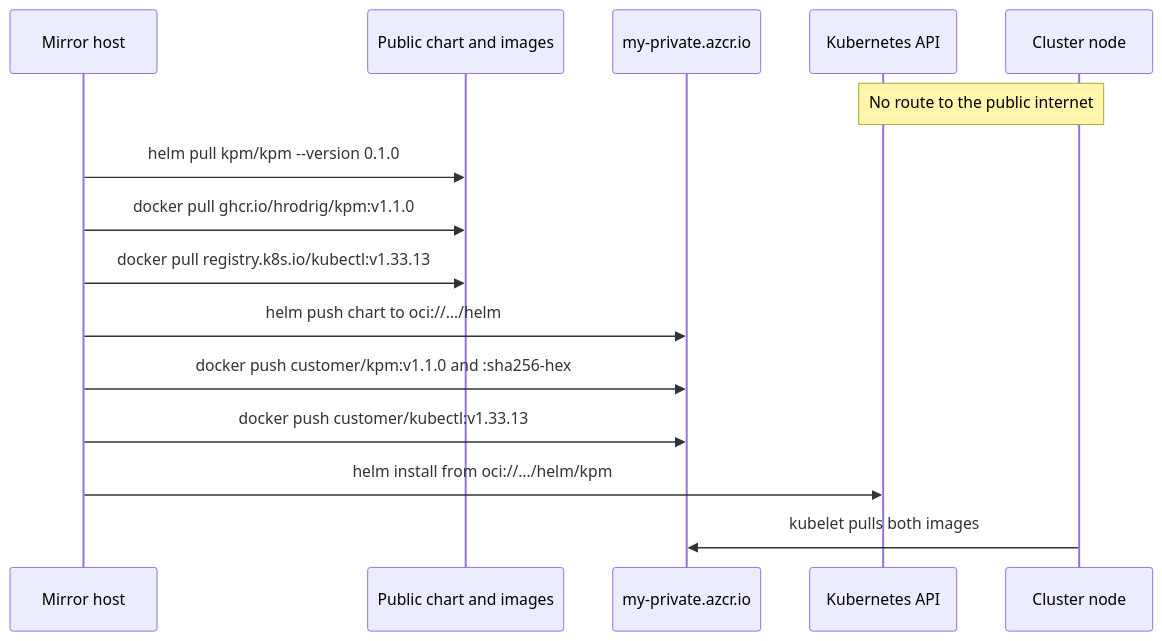
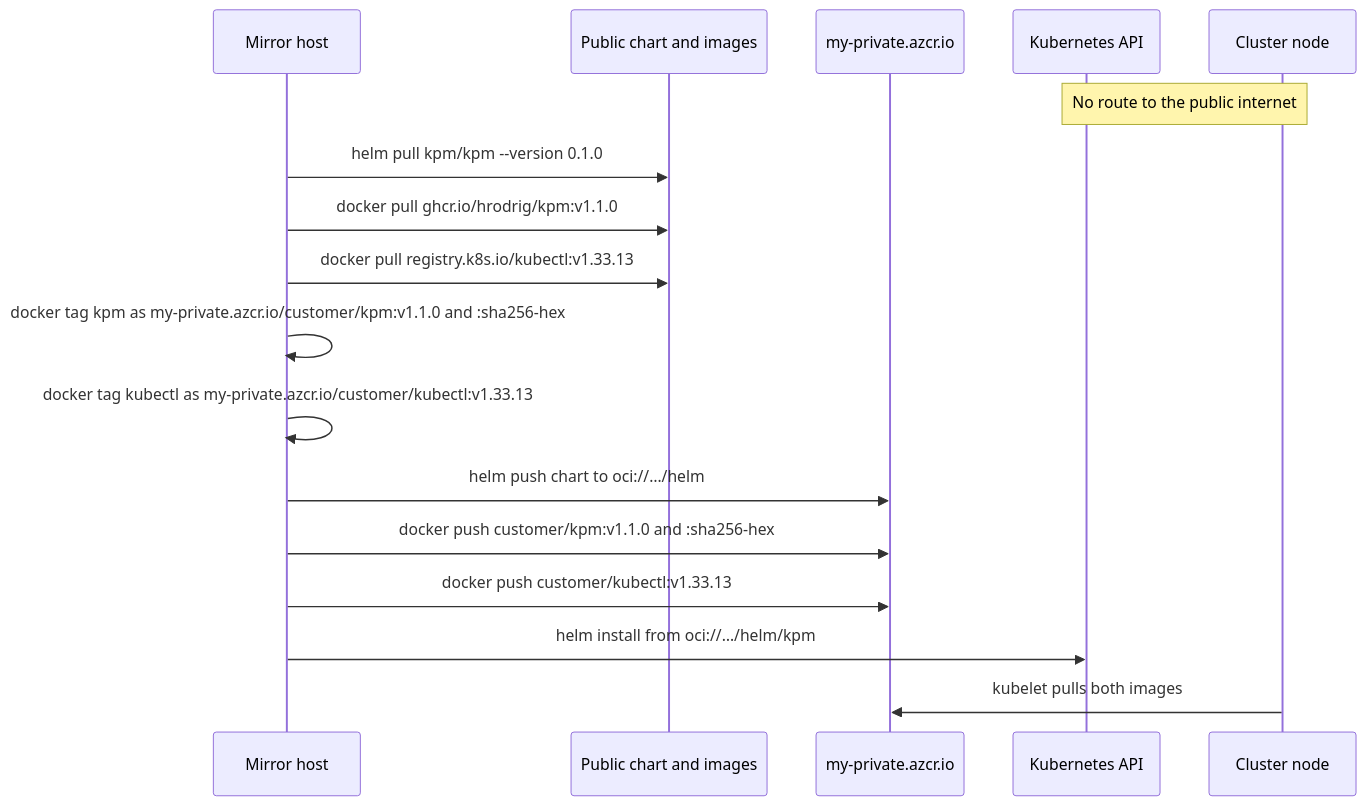
The diagram in run/kubernetes/private-registry.md (hrodrig/kpm-selfhosted), drawn with Mermaid before and after one commit.

Commit message:
Show the local docker tag before the private-registry push
The sequence jumped from pull to push. Retag onto the private host happens on the mirror host first.

````diff
--- a/run/kubernetes/private-registry.md
+++ b/run/kubernetes/private-registry.md
@@ -18,18 +18,20 @@
 ```mermaid
 sequenceDiagram
   participant Op as Mirror host
   participant Pub as Public chart and images
   participant Reg as my-private.azcr.io
   participant API as Kubernetes API
   participant Node as Cluster node
 
   Note over API,Node: No route to the public internet
   Op->>Pub: helm pull kpm/kpm --version 0.1.0
   Op->>Pub: docker pull ghcr.io/hrodrig/kpm:v1.1.0
   Op->>Pub: docker pull registry.k8s.io/kubectl:v1.33.13
+  Op->>Op: docker tag kpm as my-private.azcr.io/customer/kpm:v1.1.0 and :sha256-hex
+  Op->>Op: docker tag kubectl as my-private.azcr.io/customer/kubectl:v1.33.13
   Op->>Reg: helm push chart to oci://…/helm
   Op->>Reg: docker push customer/kpm:v1.1.0 and :sha256-hex
   Op->>Reg: docker push customer/kubectl:v1.33.13
   Op->>API: helm install from oci://…/helm/kpm
   Node->>Reg: kubelet pulls both images
 ```
````
